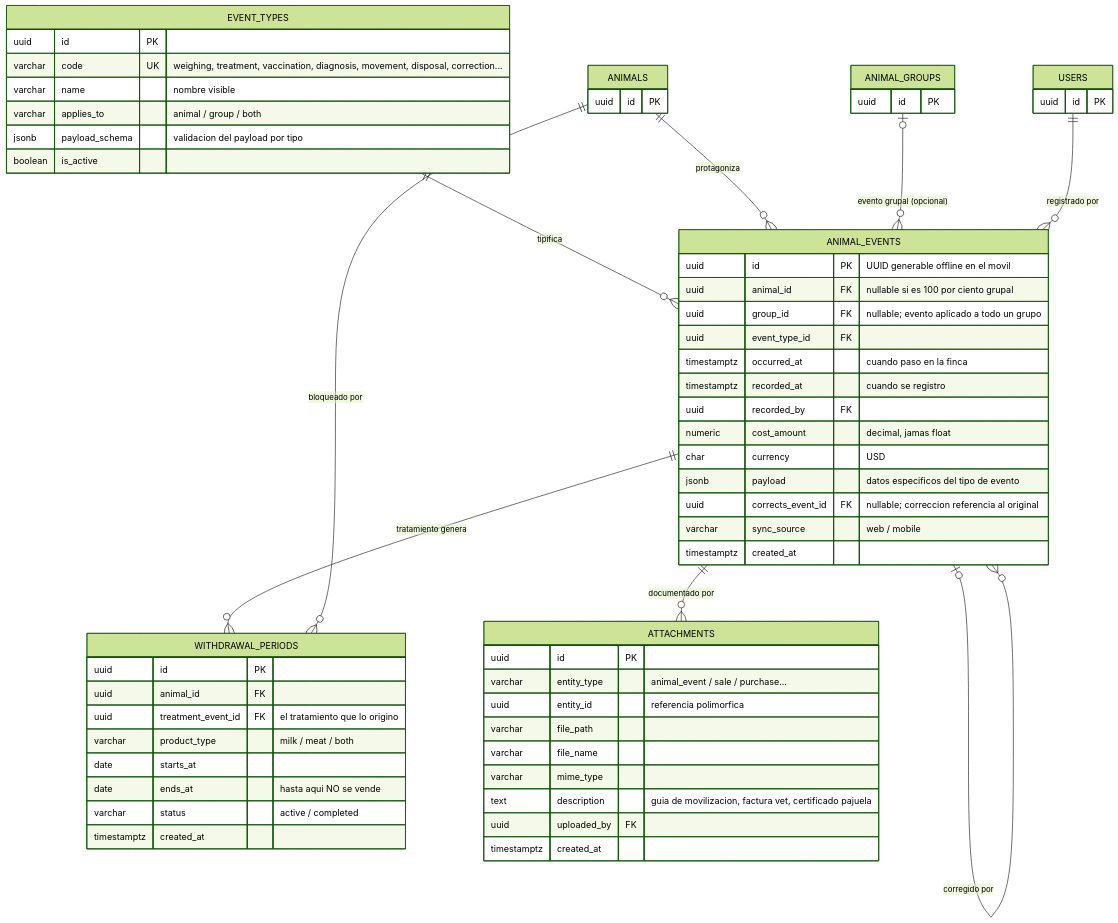
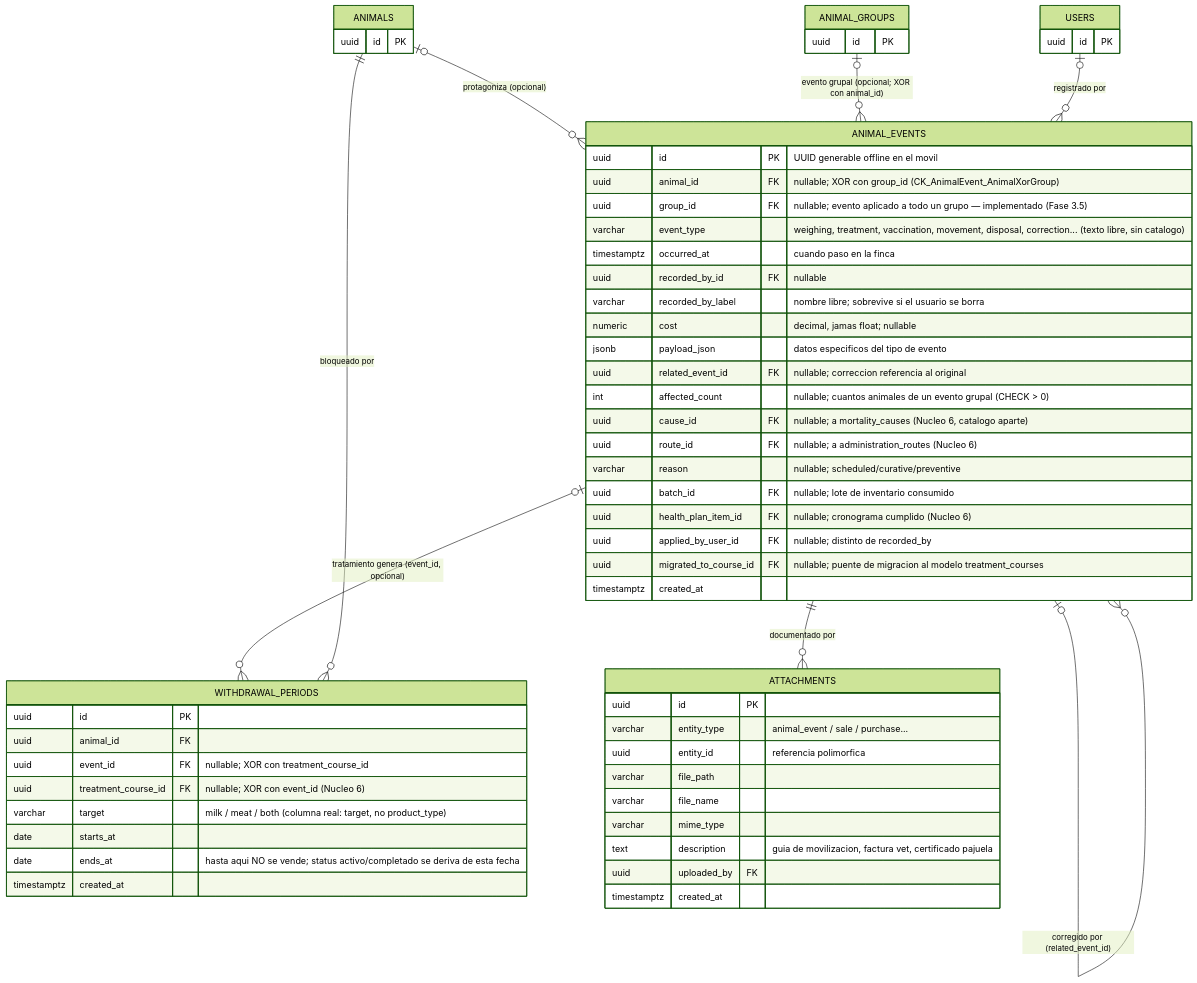
One commit to JosephBano/erp-hacienda changed the diagram in docs/diagramas/der-2-eventos.mermaid. Above: the diagram before and after it, drawn with Mermaid (forest theme). The commit also changed 604 other files, not shown here.

```diff
--- a/docs/diagramas/der-2-eventos.mermaid
+++ b/docs/diagramas/der-2-eventos.mermaid
@@ -1,72 +1,82 @@
+%% Verificado el 2026-08-16 contra Livestock 20260809165838_AddTreatmentApplicationPlausibilityConfirmed
+%% Auditoría commit 10 (docs/reestructura-documentacion): EVENT_TYPES nunca fue tabla —
+%% `animal_events.event_type` es varchar libre, sin catalogo respaldando el codigo; se retira
+%% (no hay fase que la comprometa). ATTACHMENTS no existe; esta comprometida para Fase 4
+%% (`feature/shared-attachments`, docs/spec/plan-0003-fase-4/spec.md sec. "Bloque 4.A") y se marca
+%% FUTURO en vez de borrarse. `animal_events` gano columnas de Fase 3.5 (group_id, cause_id,
+%% route_id, batch_id, health_plan_item_id, migrated_to_course_id, applied_by_user_id) que no
+%% tenian tabla propia dibujada aqui — el CHECK animal_id XOR group_id que Nucleo 2 dejo como
+%% gancho sin construir (DATA-MODEL.md, estado 2026-08-05) SI esta implementado hoy.
+%% `withdrawal_periods` cambio de forma: `product_type`+`treatment_event_id` reemplazados por
+%% `target`+`event_id`/`treatment_course_id` (XOR), y `status` no es columna (se deriva de `ends_at`).
 erDiagram
     %% ============================================
     %% NUCLEO 2: EVENTOS - el corazon del sistema
     %% Art. 1 y 4: append-only, inmutable, JSONB
     %% ============================================
 
-    EVENT_TYPES ||--o{ ANIMAL_EVENTS : "tipifica"
-    ANIMALS ||--o{ ANIMAL_EVENTS : "protagoniza"
-    ANIMAL_GROUPS |o--o{ ANIMAL_EVENTS : "evento grupal (opcional)"
-    USERS ||--o{ ANIMAL_EVENTS : "registrado por"
-    ANIMAL_EVENTS |o--o{ ANIMAL_EVENTS : "corregido por"
-    ANIMAL_EVENTS ||--o{ WITHDRAWAL_PERIODS : "tratamiento genera"
+    ANIMALS |o--o{ ANIMAL_EVENTS : "protagoniza (opcional)"
+    ANIMAL_GROUPS |o--o{ ANIMAL_EVENTS : "evento grupal (opcional; XOR con animal_id)"
+    USERS |o--o{ ANIMAL_EVENTS : "registrado por"
+    ANIMAL_EVENTS |o--o{ ANIMAL_EVENTS : "corregido por (related_event_id)"
+    ANIMAL_EVENTS |o--o{ WITHDRAWAL_PERIODS : "tratamiento genera (event_id, opcional)"
     ANIMALS ||--o{ WITHDRAWAL_PERIODS : "bloqueado por"
+
+    %% FUTURO — Fase 4 (feature/shared-attachments, docs/spec/plan-0003-fase-4/spec.md)
     ANIMAL_EVENTS ||--o{ ATTACHMENTS : "documentado por"
-
-    EVENT_TYPES {
-        uuid id PK
-        varchar code UK "weighing, treatment, vaccination, diagnosis, movement, disposal, correction..."
-        varchar name "nombre visible"
-        varchar applies_to "animal / group / both"
-        jsonb payload_schema "validacion del payload por tipo"
-        boolean is_active
-    }
 
     ANIMAL_EVENTS {
         uuid id PK "UUID generable offline en el movil"
-        uuid animal_id FK "nullable si es 100 por ciento grupal"
-        uuid group_id FK "nullable; evento aplicado a todo un grupo"
-        uuid event_type_id FK
+        uuid animal_id FK "nullable; XOR con group_id (CK_AnimalEvent_AnimalXorGroup)"
+        uuid group_id FK "nullable; evento aplicado a todo un grupo — implementado (Fase 3.5)"
+        varchar event_type "weighing, treatment, vaccination, movement, disposal, correction... (texto libre, sin catalogo)"
         timestamptz occurred_at "cuando paso en la finca"
-        timestamptz recorded_at "cuando se registro"
-        uuid recorded_by FK
-        numeric cost_amount "decimal, jamas float"
-        char currency "USD"
-        jsonb payload "datos especificos del tipo de evento"
-        uuid corrects_event_id FK "nullable; correccion referencia al original"
-        varchar sync_source "web / mobile"
+        uuid recorded_by_id FK "nullable"
+        varchar recorded_by_label "nombre libre; sobrevive si el usuario se borra"
+        numeric cost "decimal, jamas float; nullable"
+        jsonb payload_json "datos especificos del tipo de evento"
+        uuid related_event_id FK "nullable; correccion referencia al original"
+        int affected_count "nullable; cuantos animales de un evento grupal (CHECK > 0)"
+        uuid cause_id FK "nullable; a mortality_causes (Nucleo 6, catalogo aparte)"
+        uuid route_id FK "nullable; a administration_routes (Nucleo 6)"
+        varchar reason "nullable; scheduled/curative/preventive"
+        uuid batch_id FK "nullable; lote de inventario consumido"
+        uuid health_plan_item_id FK "nullable; cronograma cumplido (Nucleo 6)"
+        uuid applied_by_user_id FK "nullable; distinto de recorded_by"
+        uuid migrated_to_course_id FK "nullable; puente de migracion al modelo treatment_courses"
         timestamptz created_at
     }
 
     WITHDRAWAL_PERIODS {
         uuid id PK
         uuid animal_id FK
-        uuid treatment_event_id FK "el tratamiento que lo origino"
-        varchar product_type "milk / meat / both"
+        uuid event_id FK "nullable; XOR con treatment_course_id"
+        uuid treatment_course_id FK "nullable; XOR con event_id (Nucleo 6)"
+        varchar target "milk / meat / both (columna real: target, no product_type)"
         date starts_at
-        date ends_at "hasta aqui NO se vende"
-        varchar status "active / completed"
+        date ends_at "hasta aqui NO se vende; status activo/completado se deriva de esta fecha"
         timestamptz created_at
     }
 
+    %% FUTURO — Fase 4 (feature/shared-attachments, ADR-0010 de esa fase, tabla `attachments`)
     ATTACHMENTS {
         uuid id PK
         varchar entity_type "animal_event / sale / purchase..."
         uuid entity_id "referencia polimorfica"
         varchar file_path
         varchar file_name
         varchar mime_type
         text description "guia de movilizacion, factura vet, certificado pajuela"
         uuid uploaded_by FK
         timestamptz created_at
     }
 
     ANIMALS {
         uuid id PK
     }
     ANIMAL_GROUPS {
         uuid id PK
     }
     USERS {
         uuid id PK
     }
```
